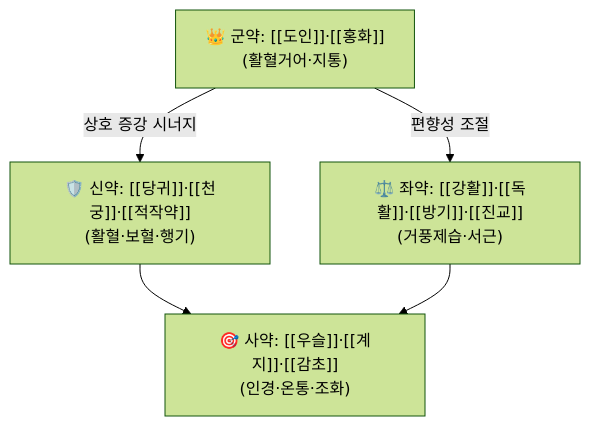
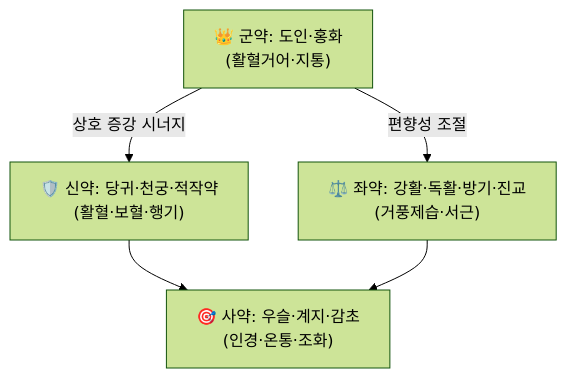
The diagram in content/2. 약리 공부/처방/05_활혈거어·지혈제/서근활혈탕.md (simbio11/simbio-digital-garden2), drawn with Mermaid (forest theme) before and after one commit. The commit also changed other lines of this file and 105 other files, not shown here.

````diff
--- a/content/2. 약리 공부/처방/05_활혈거어·지혈제/서근활혈탕.md
+++ b/content/2. 약리 공부/처방/05_활혈거어·지혈제/서근활혈탕.md
@@ -63,7 +63,7 @@
 ```mermaid
 graph TD
-    Gun["👑 군약: [[도인]]·[[홍화]]<br>(활혈거어·지통)"] -->|상호 증강 시너지| Sin["🛡️ 신약: [[당귀]]·[[천궁]]·[[적작약]]<br>(활혈·보혈·행기)"]
-    Gun -->|편향성 조절| Jwa["⚖️ 좌약: [[강활]]·[[독활]]·[[방기]]·[[진교]]<br>(거풍제습·서근)"]
-    Sin --> Sa["🎯 사약: [[우슬]]·[[계지]]·[[감초]]<br>(인경·온통·조화)"]
+    Gun["👑 군약: 도인·홍화<br>(활혈거어·지통)"] -->|상호 증강 시너지| Sin["🛡️ 신약: 당귀·천궁·적작약<br>(활혈·보혈·행기)"]
+    Gun -->|편향성 조절| Jwa["⚖️ 좌약: 강활·독활·방기·진교<br>(거풍제습·서근)"]
+    Sin --> Sa["🎯 사약: 우슬·계지·감초<br>(인경·온통·조화)"]
     Jwa --> Sa
 ```
````
